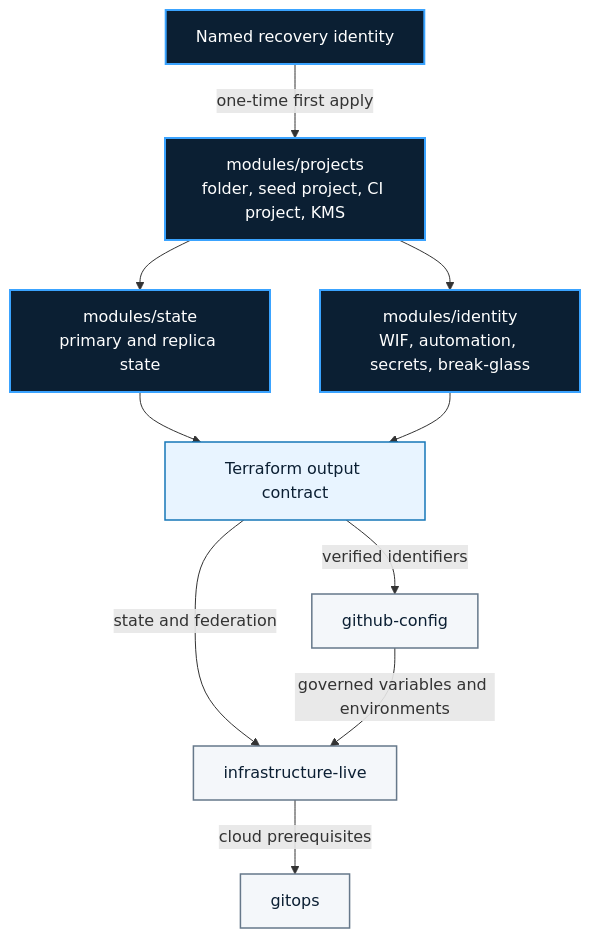
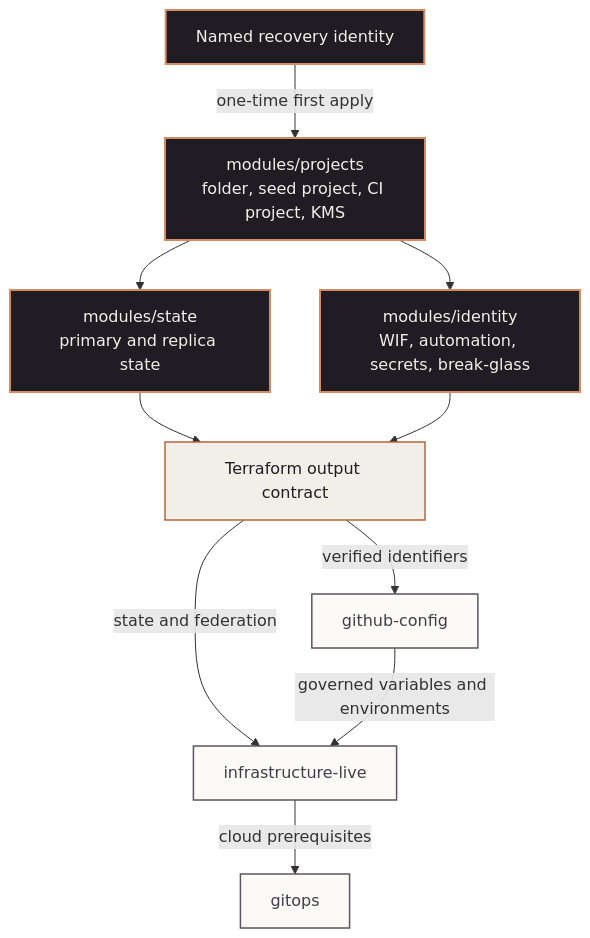
The diagram in docs/architecture.md (mindclade/bootstrap-old), drawn with Mermaid before and after one commit. The commit also changed other lines of this file and 21 other files, not shown here.

````diff
--- a/docs/architecture.md
+++ b/docs/architecture.md
@@ -51,28 +51,28 @@
 ```mermaid
 flowchart TD
     HR["Named recovery identity"]
     PR["modules/projects<br/>folder, seed project, CI project, KMS"]
     ST["modules/state<br/>primary and replica state"]
     ID["modules/identity<br/>WIF, automation, secrets, break-glass"]
     OUT["Terraform output contract"]
     GC["github-config"]
     IL["infrastructure-live"]
     GO["gitops"]
 
     HR -->|one-time first apply| PR
     PR --> ST
     PR --> ID
     ST --> OUT
     ID --> OUT
     OUT -->|verified identifiers| GC
     OUT -->|state and federation| IL
     GC -->|governed variables and environments| IL
     IL -->|cloud prerequisites| GO
 
-    classDef ring0 fill:#0b1f33,color:#ffffff,stroke:#3aa3ff,stroke-width:2px;
-    classDef contract fill:#e8f4ff,color:#0b1f33,stroke:#1677b8,stroke-width:1.5px;
-    classDef downstream fill:#f4f7fa,color:#0b1f33,stroke:#66788a,stroke-width:1.5px;
+    classDef ring0 fill:#201C24,color:#F2EFE8,stroke:#D68A61,stroke-width:2px;
+    classDef contract fill:#F2EFE8,color:#201C24,stroke:#B5673F,stroke-width:1.5px;
+    classDef downstream fill:#FBFAF7,color:#423D48,stroke:#5B5660,stroke-width:1.5px;
     class HR,PR,ST,ID ring0;
     class OUT contract;
     class GC,IL,GO downstream;
 ```
````
